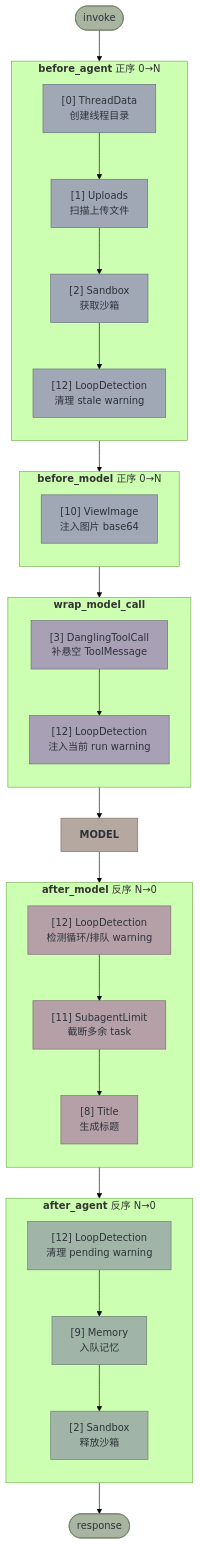
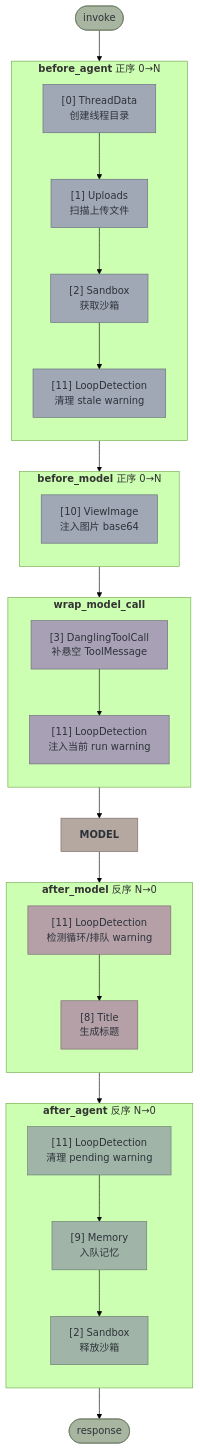
One commit to pingxia710/DeerFlow changed the first of 4 diagrams in backend/docs/middleware-execution-flow.md. Above: the diagram before and after it, drawn with Mermaid (forest theme). The commit also changed other lines of this file and 249 other files, not shown here.

````diff
--- a/backend/docs/middleware-execution-flow.md
+++ b/backend/docs/middleware-execution-flow.md
@@ -32,52 +31,52 @@
 ```mermaid
 graph TB
     START(["invoke"]) --> TD
 
     subgraph BA ["<b>before_agent</b> 正序 0→N"]
         direction TB
-        TD["[0] ThreadData<br/>创建线程目录"] --> UL["[1] Uploads<br/>扫描上传文件"] --> SB["[2] Sandbox<br/>获取沙箱"] --> LD_BA["[12] LoopDetection<br/>清理 stale warning"]
+        TD["[0] ThreadData<br/>创建线程目录"] --> UL["[1] Uploads<br/>扫描上传文件"] --> SB["[2] Sandbox<br/>获取沙箱"] --> LD_BA["[11] LoopDetection<br/>清理 stale warning"]
     end
 
     subgraph BM ["<b>before_model</b> 正序 0→N"]
         direction TB
         VI["[10] ViewImage<br/>注入图片 base64"]
     end
 
     subgraph WM ["<b>wrap_model_call</b>"]
         direction TB
-        DTC_WM["[3] DanglingToolCall<br/>补悬空 ToolMessage"] --> LD_WM["[12] LoopDetection<br/>注入当前 run warning"]
+        DTC_WM["[3] DanglingToolCall<br/>补悬空 ToolMessage"] --> LD_WM["[11] LoopDetection<br/>注入当前 run warning"]
     end
 
     LD_BA --> VI
     VI --> DTC_WM
     LD_WM --> M["<b>MODEL</b>"]
 
     subgraph AM ["<b>after_model</b> 反序 N→0"]
         direction TB
-        LD["[12] LoopDetection<br/>检测循环/排队 warning"] --> SL["[11] SubagentLimit<br/>截断多余 task"] --> TI["[8] Title<br/>生成标题"]
+        LD["[11] LoopDetection<br/>检测循环/排队 warning"] --> TI["[8] Title<br/>生成标题"]
     end
 
     M --> LD
 
     subgraph AA ["<b>after_agent</b> 反序 N→0"]
         direction TB
-        LD_CLEAN["[12] LoopDetection<br/>清理 pending warning"] --> MEM["[9] Memory<br/>入队记忆"] --> SBR["[2] Sandbox<br/>释放沙箱"]
+        LD_CLEAN["[11] LoopDetection<br/>清理 pending warning"] --> MEM["[9] Memory<br/>入队记忆"] --> SBR["[2] Sandbox<br/>释放沙箱"]
     end
 
     TI --> LD_CLEAN
     SBR --> END(["response"])
 
     classDef beforeNode fill:#a0a8b5,stroke:#636b7a,color:#2d3239
     classDef modelNode fill:#b5a8a0,stroke:#7a6b63,color:#2d3239
     classDef wrapModelNode fill:#a8a0b5,stroke:#6b637a,color:#2d3239
     classDef afterModelNode fill:#b5a0a8,stroke:#7a636b,color:#2d3239
     classDef afterAgentNode fill:#a0b5a8,stroke:#637a6b,color:#2d3239
     classDef terminalNode fill:#a8b5a0,stroke:#6b7a63,color:#2d3239
 
     class TD,UL,SB,LD_BA,VI beforeNode
     class DTC_WM,LD_WM wrapModelNode
     class M modelNode
-    class LD,SL,TI afterModelNode
+    class LD,TI afterModelNode
     class LD_CLEAN,SBR,MEM afterAgentNode
     class START,END terminalNode
 ```
````
